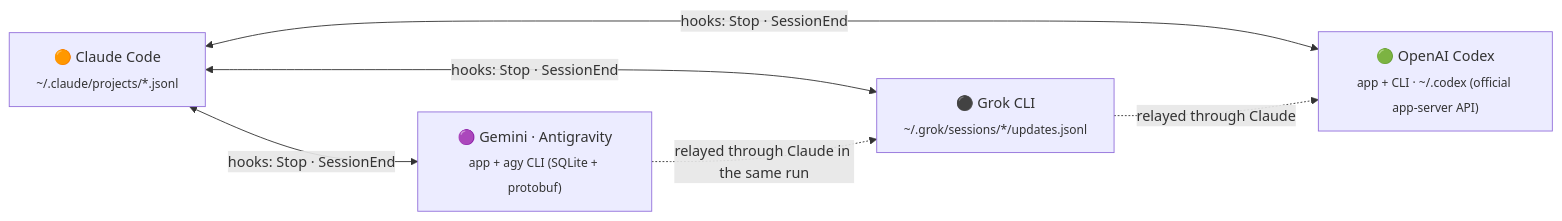
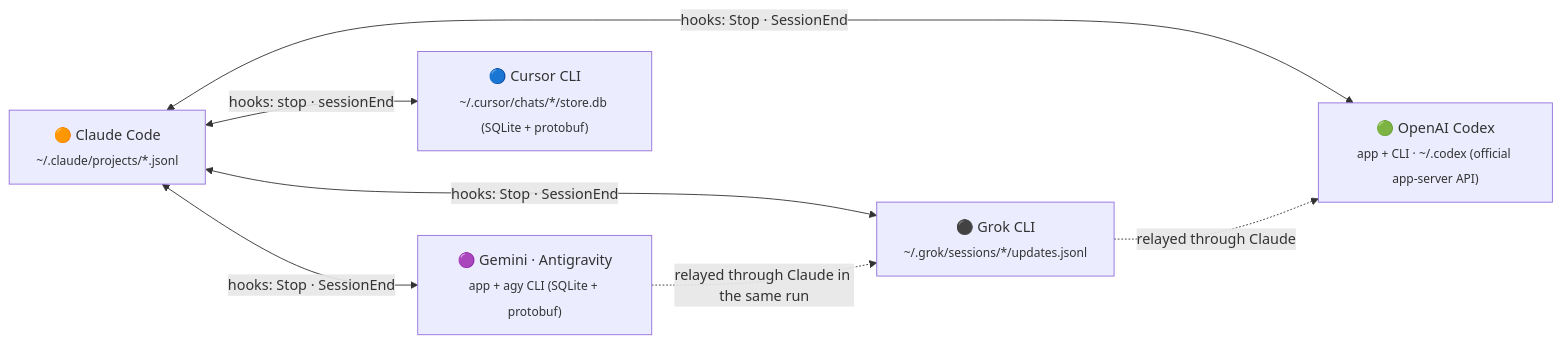
Before and after one commit to mop4r/tagteam: the diagram in README.md, drawn with Mermaid. The commit also changed other lines of this file and 12 other files, not shown here.

First line of the commit message:
Add Cursor CLI as the fifth AI: five-way conversation sync

````diff
--- a/README.md
+++ b/README.md
@@ -93,12 +93,14 @@
 ```mermaid
 flowchart LR
     C["🟠 Claude Code<br/><sub>~/.claude/projects/*.jsonl</sub>"]
     G["🟣 Gemini · Antigravity<br/><sub>app + agy CLI (SQLite + protobuf)</sub>"]
     K["⚫ Grok CLI<br/><sub>~/.grok/sessions/*/updates.jsonl</sub>"]
     X["🟢 OpenAI Codex<br/><sub>app + CLI · ~/.codex (official app-server API)</sub>"]
+    U["🔵 Cursor CLI<br/><sub>~/.cursor/chats/*/store.db (SQLite + protobuf)</sub>"]
     C <-- "hooks: Stop · SessionEnd" --> G
     C <-- "hooks: Stop · SessionEnd" --> K
     C <-- "hooks: Stop · SessionEnd" --> X
+    C <-- "hooks: stop · sessionEnd" --> U
     G -. "relayed through Claude in the same run" .-> K
     K -. "relayed through Claude" .-> X
 ```
````
